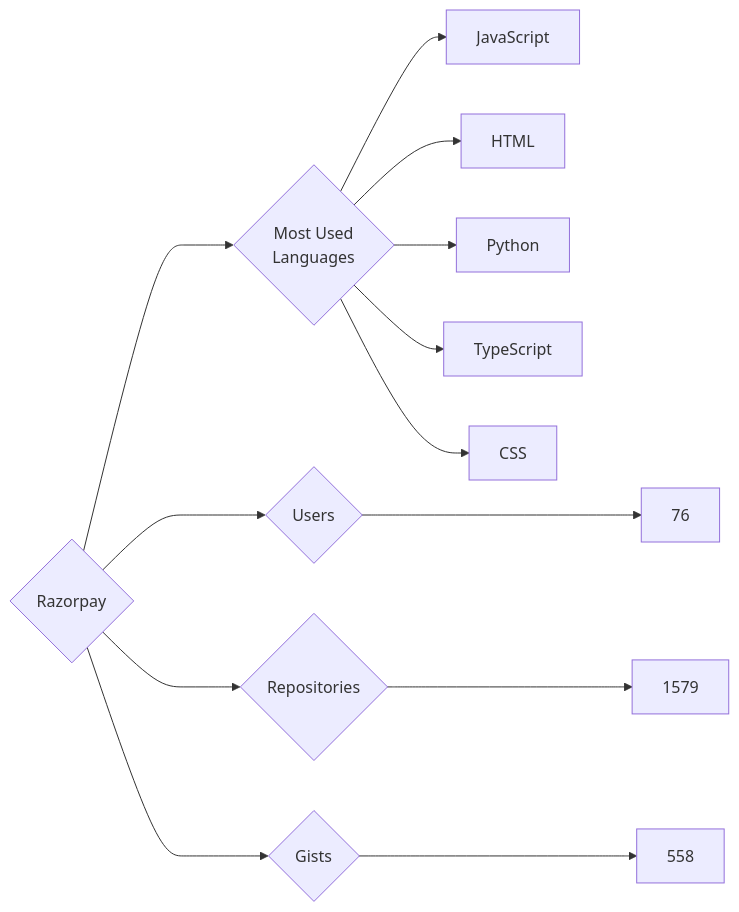
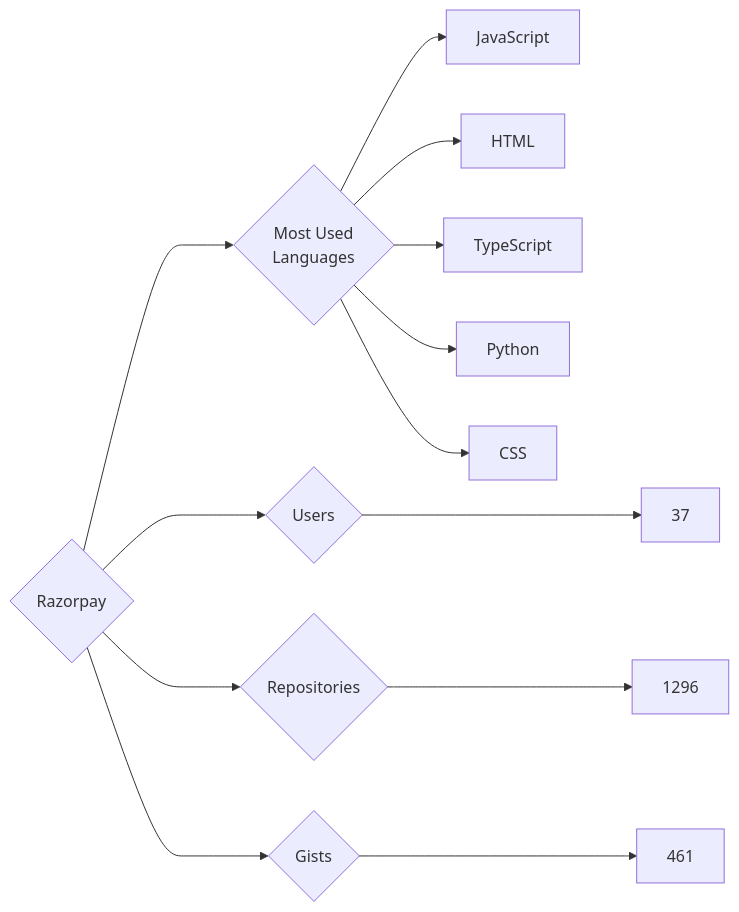
One commit to trickest/insiders changed the diagram in targets/Razorpay/README.md. Above: the diagram before and after it, drawn with Mermaid. The commit also changed 815 other files, not shown here.

````diff
--- a/targets/Razorpay/README.md
+++ b/targets/Razorpay/README.md
@@ -3,13 +3,13 @@
 ```mermaid
 graph LR
 COMPANY_NAME{Razorpay}
-COMPANY_NAME ---> U{Users} ---> UN[76]
-COMPANY_NAME ---> R{Repositories} ---> RN[1579]
-COMPANY_NAME ---> G{Gists} ---> GN[558]
+COMPANY_NAME ---> U{Users} ---> UN[37]
+COMPANY_NAME ---> R{Repositories} ---> RN[1296]
+COMPANY_NAME ---> G{Gists} ---> GN[461]
 COMPANY_NAME ---> ML{Most Used<br>Languages}
 ML --> JavaScript[JavaScript]
 ML --> HTML[HTML]
+ML --> TypeScript[TypeScript]
 ML --> Python[Python]
-ML --> TypeScript[TypeScript]
 ML --> CSS[CSS]
 ```
````
